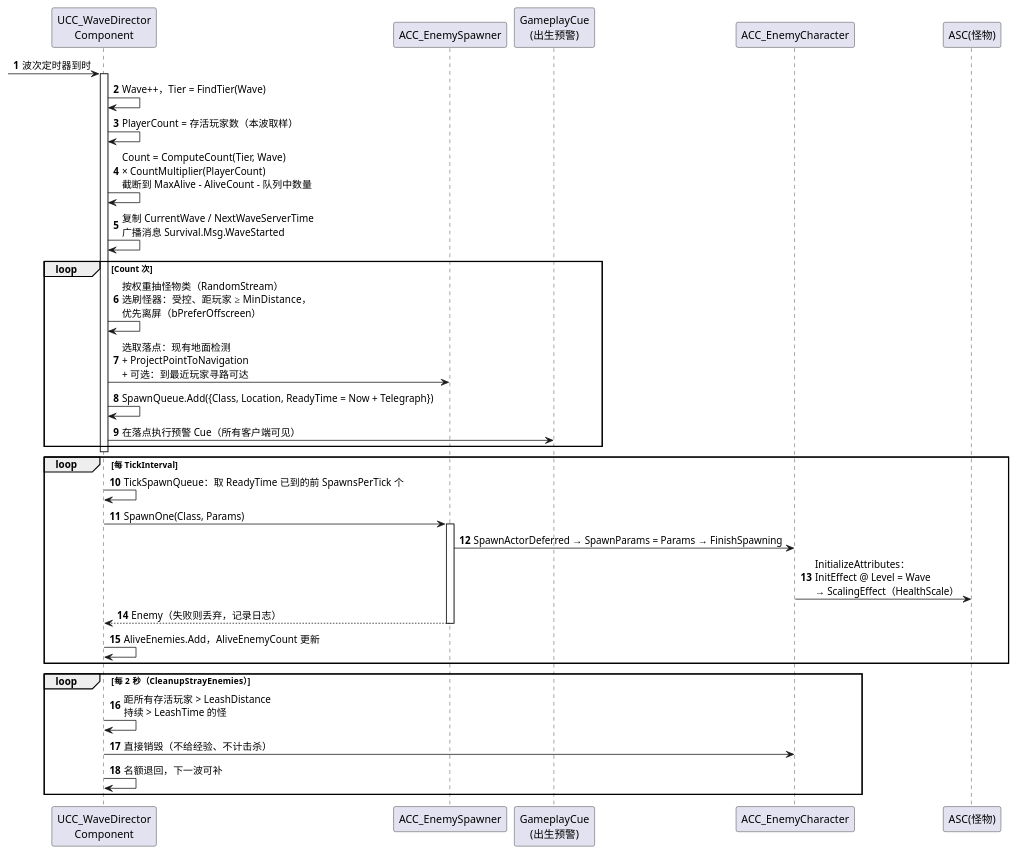
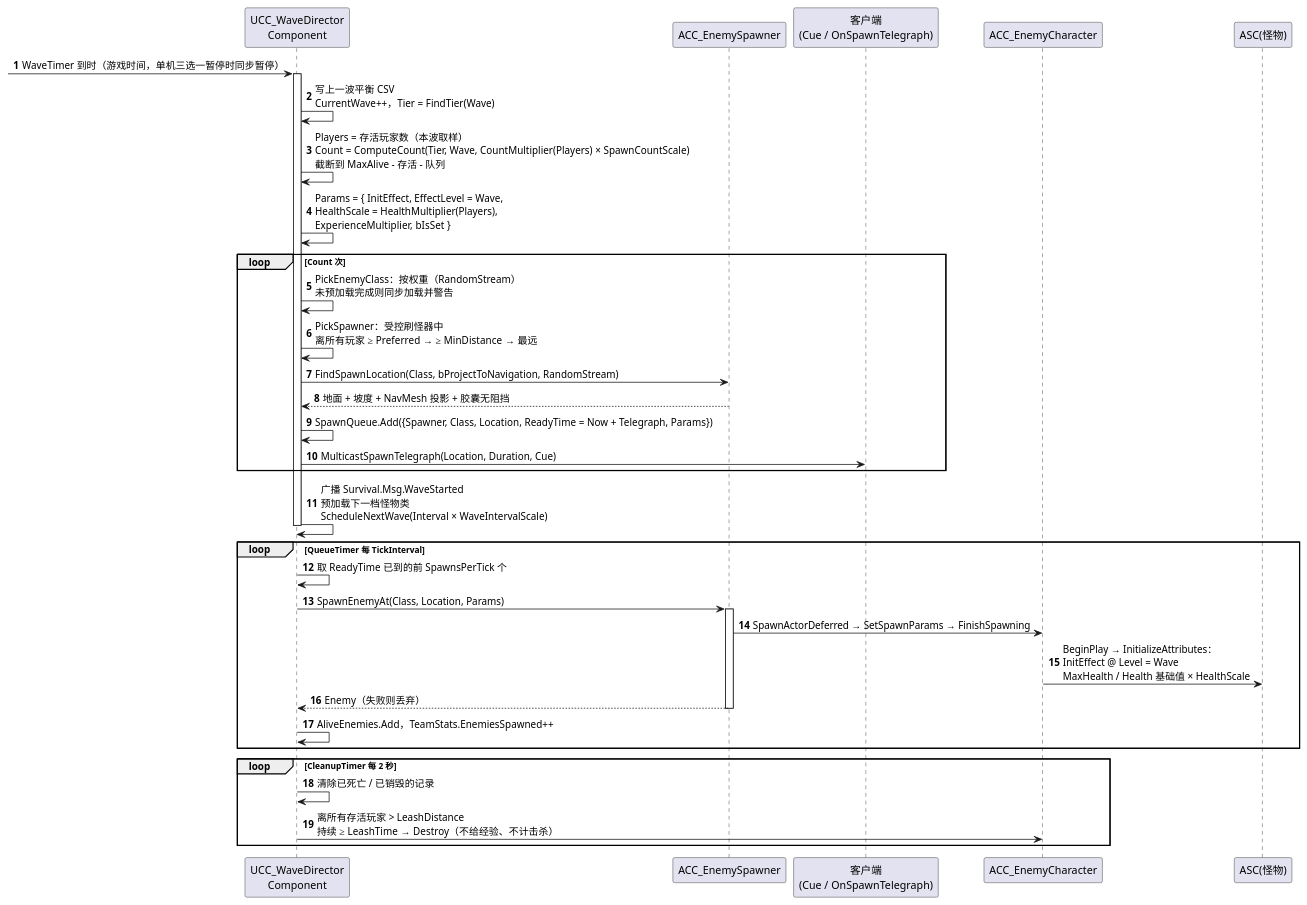
One commit to peng984251536/GAS_Demo changed the eighth of 11 diagrams in Docs/SurvivalMode.zh-CN.md. Above: the diagram before and after it, drawn with PlantUML. The commit also changed other lines of this file and 141 other files, not shown here.

````diff
--- a/Docs/SurvivalMode.zh-CN.md
+++ b/Docs/SurvivalMode.zh-CN.md
@@ -615,44 +662,45 @@
 ```plantuml
 @startuml 波次刷怪
 skinparam shadowing false
 skinparam defaultFontName "Microsoft YaHei"
 autonumber
 
 participant "UCC_WaveDirector\nComponent" as WD
 participant "ACC_EnemySpawner" as SP
-participant "GameplayCue\n(出生预警)" as CUE
+participant "客户端\n(Cue / OnSpawnTelegraph)" as CUE
 participant "ACC_EnemyCharacter" as EN
 participant "ASC(怪物)" as ASC
 
-[-> WD : 波次定时器到时
+[-> WD : WaveTimer 到时（游戏时间，单机三选一暂停时同步暂停）
 activate WD
-WD -> WD : Wave++，Tier = FindTier(Wave)
-WD -> WD : PlayerCount = 存活玩家数（本波取样）
-WD -> WD : Count = ComputeCount(Tier, Wave)\n× CountMultiplier(PlayerCount)\n截断到 MaxAlive - AliveCount - 队列中数量
-WD -> WD : 复制 CurrentWave / NextWaveServerTime\n广播消息 Survival.Msg.WaveStarted
+WD -> WD : 写上一波平衡 CSV\nCurrentWave++，Tier = FindTier(Wave)
+WD -> WD : Players = 存活玩家数（本波取样）\nCount = ComputeCount(Tier, Wave, CountMultiplier(Players) × SpawnCountScale)\n截断到 MaxAlive - 存活 - 队列
+WD -> WD : Params = { InitEffect, EffectLevel = Wave,\nHealthScale = HealthMultiplier(Players),\nExperienceMultiplier, bIsSet }
 loop Count 次
-  WD -> WD : 按权重抽怪物类（RandomStream）\n选刷怪器：受控、距玩家 ≥ MinDistance，\n优先离屏（bPreferOffscreen）
-  WD -> SP : 选取落点：现有地面检测\n+ ProjectPointToNavigation\n+ 可选：到最近玩家寻路可达
-  WD -> WD : SpawnQueue.Add({Class, Location, ReadyTime = Now + Telegraph})
-  WD -> CUE : 在落点执行预警 Cue（所有客户端可见）
+  WD -> WD : PickEnemyClass：按权重（RandomStream）\n未预加载完成则同步加载并警告
+  WD -> WD : PickSpawner：受控刷怪器中\n离所有玩家 ≥ Preferred → ≥ MinDistance → 最远
+  WD -> SP : FindSpawnLocation(Class, bProjectToNavigation, RandomStream)
+  SP --> WD : 地面 + 坡度 + NavMesh 投影 + 胶囊无阻挡
+  WD -> WD : SpawnQueue.Add({Spawner, Class, Location, ReadyTime = Now + Telegraph, Params})
+  WD -> CUE : MulticastSpawnTelegraph(Location, Duration, Cue)
 end
+WD -> WD : 广播 Survival.Msg.WaveStarted\n预加载下一档怪物类\nScheduleNextWave(Interval × WaveIntervalScale)
 deactivate WD
 
-loop 每 TickInterval
-  WD -> WD : TickSpawnQueue：取 ReadyTime 已到的前 SpawnsPerTick 个
-  WD -> SP : SpawnOne(Class, Params)
+loop QueueTimer 每 TickInterval
+  WD -> WD : 取 ReadyTime 已到的前 SpawnsPerTick 个
+  WD -> SP : SpawnEnemyAt(Class, Location, Params)
   activate SP
-  SP -> EN : SpawnActorDeferred → SpawnParams = Params → FinishSpawning
-  EN -> ASC : InitializeAttributes：\nInitEffect @ Level = Wave\n→ ScalingEffect（HealthScale）
-  SP --> WD : Enemy（失败则丢弃，记录日志）
+  SP -> EN : SpawnActorDeferred → SetSpawnParams → FinishSpawning
+  EN -> ASC : BeginPlay → InitializeAttributes：\nInitEffect @ Level = Wave\nMaxHealth / Health 基础值 × HealthScale
+  SP --> WD : Enemy（失败则丢弃）
   deactivate SP
-  WD -> WD : AliveEnemies.Add，AliveEnemyCount 更新
+  WD -> WD : AliveEnemies.Add，TeamStats.EnemiesSpawned++
 end
 
-loop 每 2 秒（CleanupStrayEnemies）
-  WD -> WD : 距所有存活玩家 > LeashDistance\n持续 > LeashTime 的怪
-  WD -> EN : 直接销毁（不给经验、不计击杀）
-  WD -> WD : 名额退回，下一波可补
+loop CleanupTimer 每 2 秒
+  WD -> WD : 清除已死亡 / 已销毁的记录
+  WD -> EN : 离所有存活玩家 > LeashDistance\n持续 ≥ LeashTime → Destroy（不给经验、不计击杀）
 end
 @enduml
 ```
````
